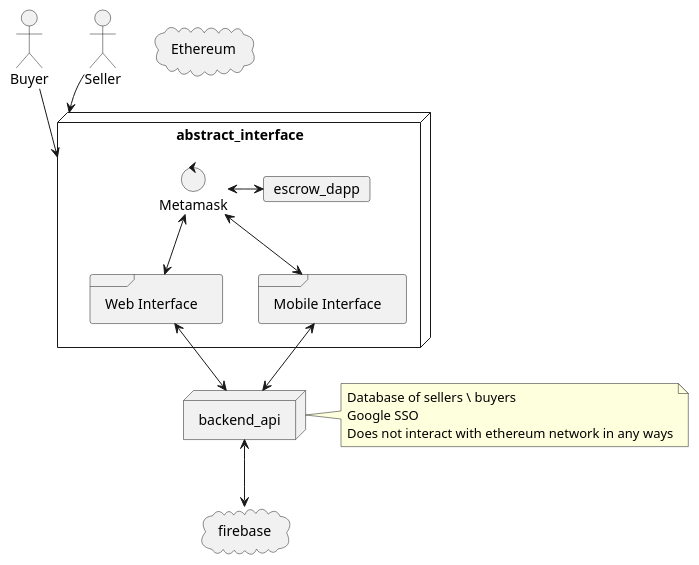
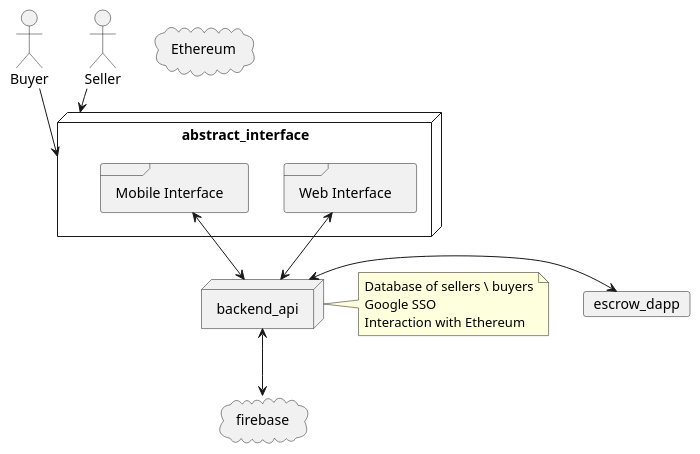
The diagram in docs/puml/general_scheme.puml (tark-industries/exchange-smart-contract), drawn with PlantUML before and after one commit. The commit also changed 1 other file, not shown here.

```diff
--- a/docs/puml/general_scheme.puml
+++ b/docs/puml/general_scheme.puml
@@ -1,58 +1,55 @@
 @startuml
 
 
 actor Buyer as buyer
 
 actor Seller as seller
 
 seller -down-> abstract_interface
 buyer -down-> abstract_interface
 
 
 
 node "Abstract Interface" as "abstract_interface" {
-    control Metamask as metamask
 
 
     frame "Web Interface" as web_interface {
 
     }
 
     frame "Mobile Interface" as "mobile_interface" {
 
     }
 
-    web_interface <-up-> metamask
-    mobile_interface <-up-> metamask
-
-    metamask <-> escrow_dapp
 }
 
 
 web_interface <--> backend_api
 mobile_interface <--> backend_api
 backend_api <--> firebase
+backend_api <-> escrow_dapp
+
 node "Backend API" as backend_api {
 
 }
 
 
 note right of backend_api
   Database of sellers \ buyers
   Google SSO
-  Does not interact with ethereum network in any ways
+  Interaction with Ethereum
 end note
 
 cloud "Ethereum" as ethereum {
     card "Escrow dapp" as escrow_dapp {
 
     }
 }
 
 
 cloud Firebase as firebase {
 
 }
 
 
 @enduml
```
